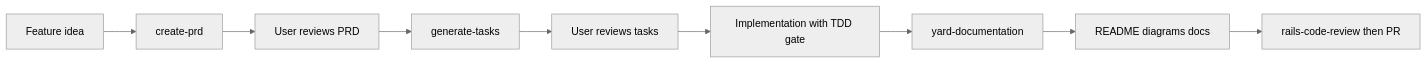
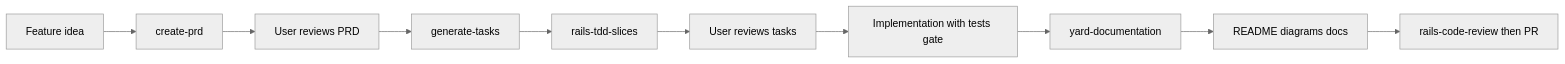
Before and after one commit to igmarin/my-RoR-personal-skills: the first of 10 diagrams in docs/workflow-guide.md, drawn with Mermaid (neutral theme). The commit also changed other lines of this file and 17 other files, not shown here.

````diff
--- a/docs/workflow-guide.md
+++ b/docs/workflow-guide.md
@@ -23,11 +24,12 @@
 ```mermaid
 flowchart LR
     A[Feature idea] --> B[create-prd]
     B --> C[User reviews PRD]
     C --> D[generate-tasks]
-    D --> E[User reviews tasks]
-    E --> F[Implementation with TDD gate]
-    F --> G[yard-documentation]
-    G --> H[README diagrams docs]
-    H --> I[rails-code-review then PR]
+    D --> E[rails-tdd-slices]
+    E --> F[User reviews tasks]
+    F --> G[Implementation with tests gate]
+    G --> H[yard-documentation]
+    H --> I[README diagrams docs]
+    I --> J[rails-code-review then PR]
 ```
````
